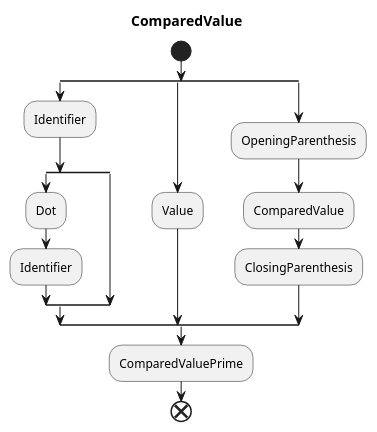
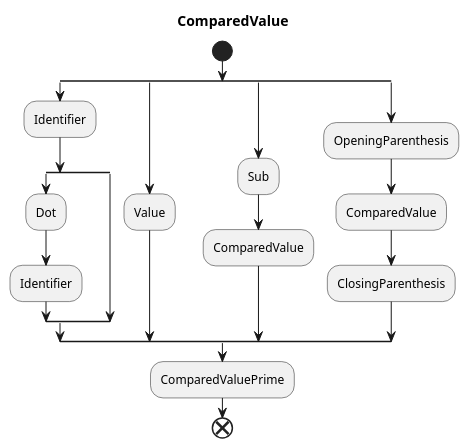
One commit to lichterberci/rust_learning changed the seventh of 13 diagrams in dbms/query_lang_compiler_notes.md. Above: the diagram before and after it, drawn with PlantUML. The commit also changed other lines of this file and 2 other files, not shown here.

````diff
--- a/dbms/query_lang_compiler_notes.md
+++ b/dbms/query_lang_compiler_notes.md
@@ -226,20 +226,23 @@
 ```plantuml
 title ComparedValue
 start
 split
 :Identifier;
 split
 :Dot;
 :Identifier;
 split again
 end split
 split again
 :Value;
 split again
+:Sub;
+:ComparedValue;
+split again
 :OpeningParenthesis;
 :ComparedValue;
 :ClosingParenthesis;
 end split
 :ComparedValuePrime;
 end
 ```
````
